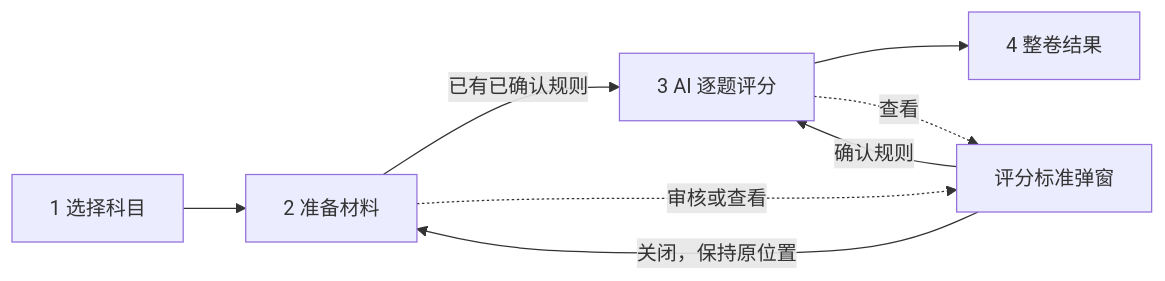
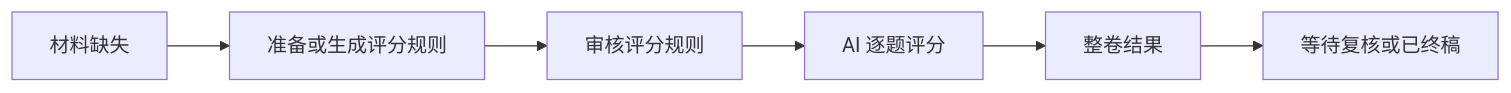
Before and after one commit to wide-sky-with-me/EXamTwin: the diagram in codestable/epics/002-o-科目与考试工作流重构/spec.md, drawn with Mermaid. The commit also changed other lines of this file and 82 other files, not shown here.

````diff
--- a/codestable/epics/002-o-科目与考试工作流重构/spec.md
+++ b/codestable/epics/002-o-科目与考试工作流重构/spec.md
@@ -65,10 +67,8 @@
 ```mermaid
 flowchart LR
-  G1[1 选择科目] --> G2[2 准备材料]
-  G2 -->|已有已确认规则| G3[3 AI 逐题评分]
-  G3 --> G4[4 整卷结果]
-  G2 -. 审核或查看 .-> R[评分标准弹窗]
-  G3 -. 查看 .-> R
-  R -->|关闭，保持原位置| G2
-  R -->|确认规则| G3
+  G1[材料缺失] --> G2[准备或生成评分规则]
+  G2 --> G3[审核评分规则]
+  G3 --> G4[AI 逐题评分]
+  G4 --> G5[整卷结果]
+  G5 --> G6[等待复核或已终稿]
 ```
````
